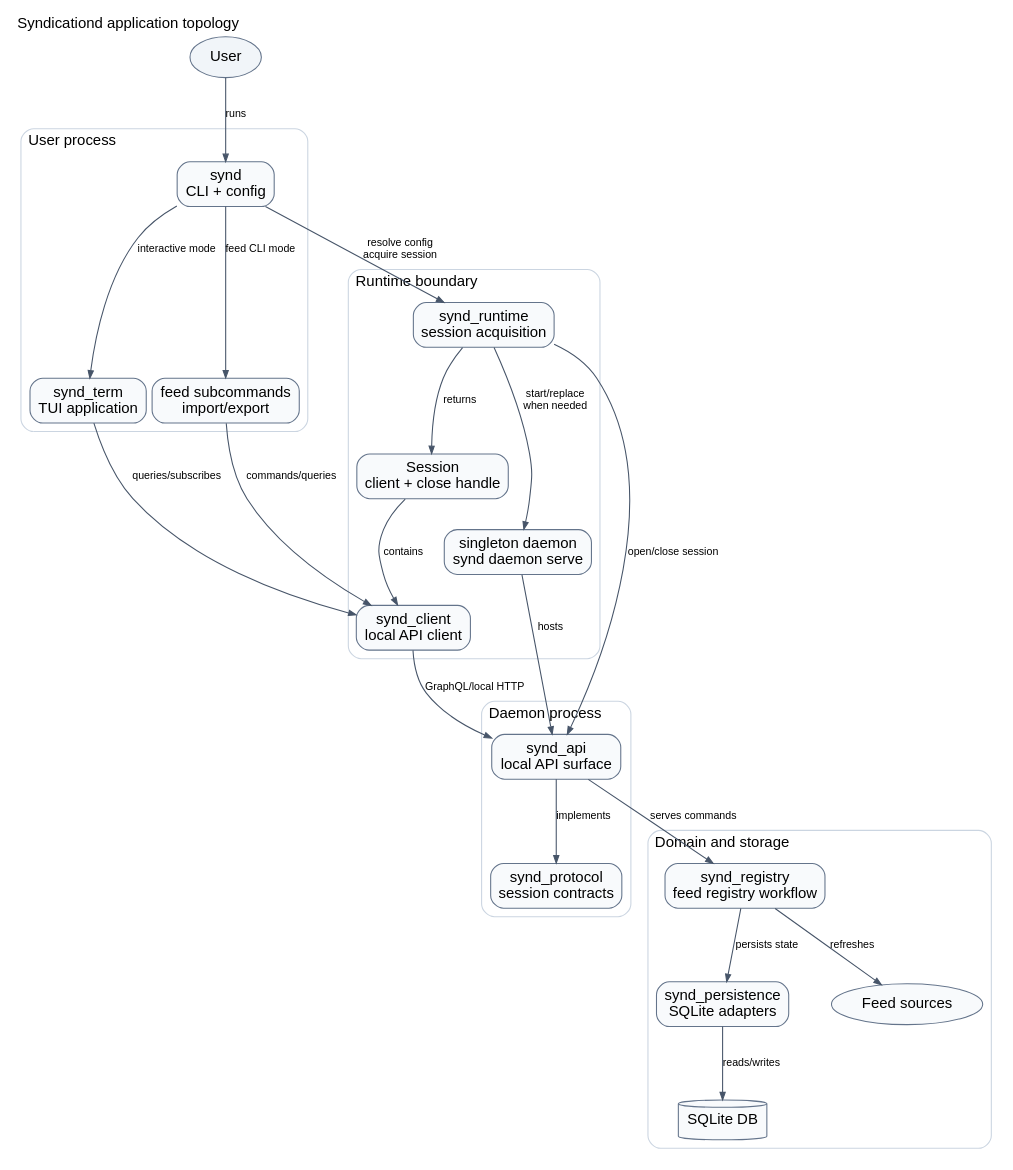
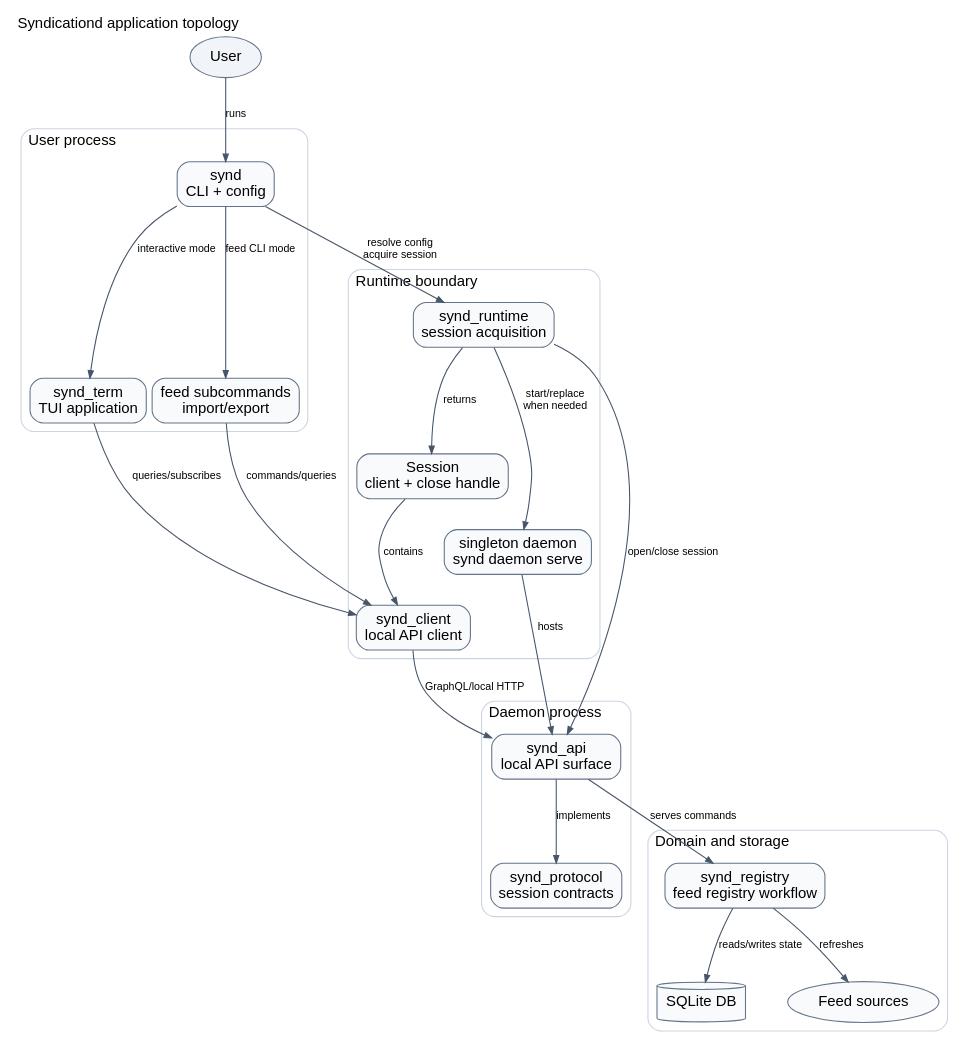
One commit to ymgyt/syndicationd changed the diagram in etc/dot/overview.dot. Above: the diagram before and after it, drawn with Graphviz. The commit also changed 72 other files, not shown here.

Commit message:
refactor(registry): move SQLite persistence into synd-registry

```diff
--- a/etc/dot/overview.dot
+++ b/etc/dot/overview.dot
@@ -1,97 +1,95 @@
 digraph {
     graph [
         layout=dot,
         rankdir=TB,
         label="Syndicationd application topology",
         labelloc="top",
         labeljust="left",
         fontname="Helvetica,Arial,sans-serif",
         compound=true,
         newrank=true,
         nodesep=0.55,
         ranksep=0.8
     ];
 
     node [
         shape=box,
         style="rounded,filled",
         fillcolor="#f8fafc",
         color="#64748b",
         fontname="Helvetica,Arial,sans-serif",
         margin="0.12,0.08"
     ];
 
     edge [
         color="#475569",
         fontname="Helvetica,Arial,sans-serif",
         fontsize=10,
         arrowsize=0.7
     ];
 
     user [
         label="User",
         shape=oval,
         fillcolor="#f1f5f9"
     ];
 
     subgraph cluster_app {
         label="User process";
         color="#cbd5e1";
         style="rounded";
 
         synd [ label="synd\nCLI + config" ];
         term [ label="synd_term\nTUI application" ];
         feed_commands [ label="feed subcommands\nimport/export" ];
     }
 
     subgraph cluster_runtime {
         label="Runtime boundary";
         color="#cbd5e1";
         style="rounded";
 
         runtime [ label="synd_runtime\nsession acquisition" ];
         session [ label="Session\nclient + close handle" ];
         client [ label="synd_client\nlocal API client" ];
         daemon [ label="singleton daemon\nsynd daemon serve" ];
     }
 
     subgraph cluster_api {
         label="Daemon process";
         color="#cbd5e1";
         style="rounded";
 
         api [ label="synd_api\nlocal API surface" ];
         protocol [ label="synd_protocol\nsession contracts" ];
     }
 
     subgraph cluster_domain {
         label="Domain and storage";
         color="#cbd5e1";
         style="rounded";
 
         registry [ label="synd_registry\nfeed registry workflow" ];
-        persistence [ label="synd_persistence\nSQLite adapters" ];
         sqlite [ label="SQLite DB", shape=cylinder ];
         feed_sources [ label="Feed sources", shape=oval ];
     }
 
     user -> synd [ label="runs" ];
     synd -> runtime [ label="resolve config\nacquire session" ];
     runtime -> daemon [ label="start/replace\nwhen needed" ];
     daemon -> api [ label="hosts" ];
     runtime -> api [ label="open/close session" ];
     runtime -> session [ label="returns" ];
     session -> client [ label="contains" ];
 
     synd -> term [ label="interactive mode" ];
     synd -> feed_commands [ label="feed CLI mode" ];
     term -> client [ label="queries/subscribes" ];
     feed_commands -> client [ label="commands/queries" ];
 
     client -> api [ label="GraphQL/local HTTP" ];
     api -> protocol [ label="implements" ];
     api -> registry [ label="serves commands" ];
-    registry -> persistence [ label="persists state" ];
+    registry -> sqlite [ label="reads/writes state" ];
     registry -> feed_sources [ label="refreshes" ];
-    persistence -> sqlite [ label="reads/writes" ];
 }
```
